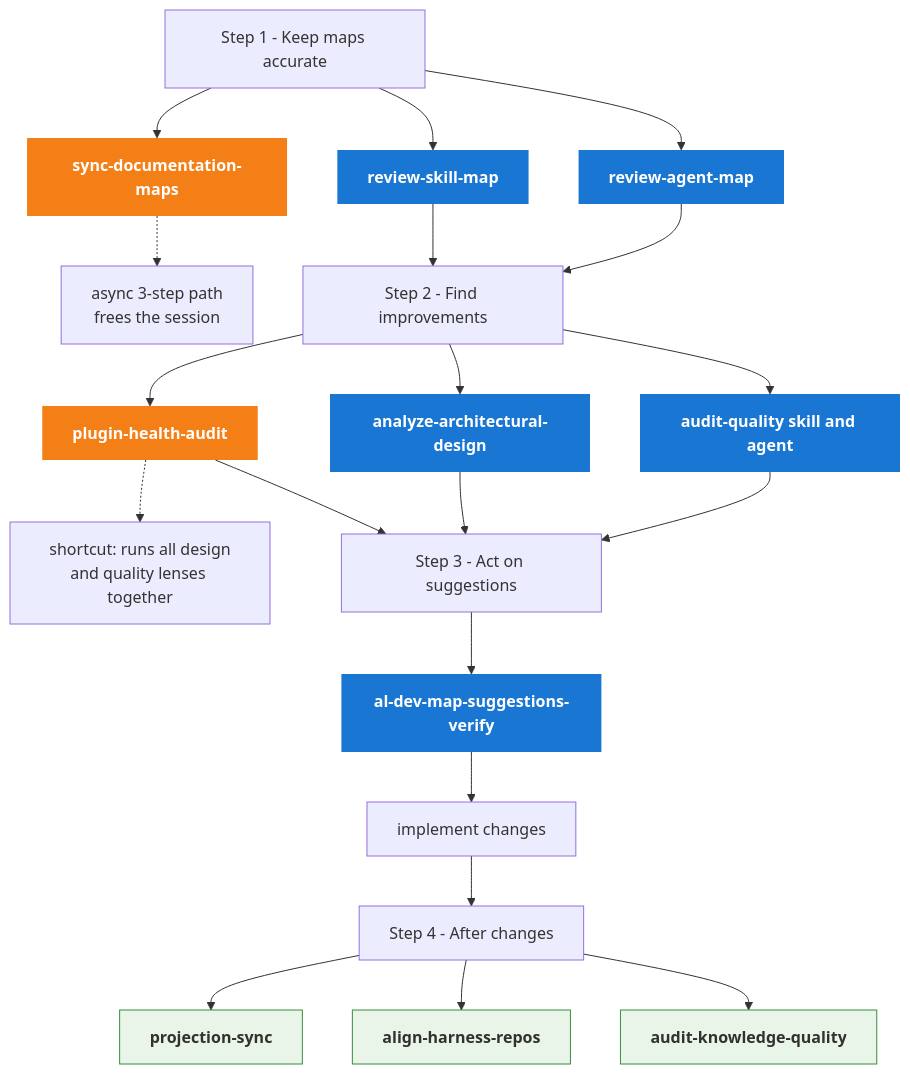
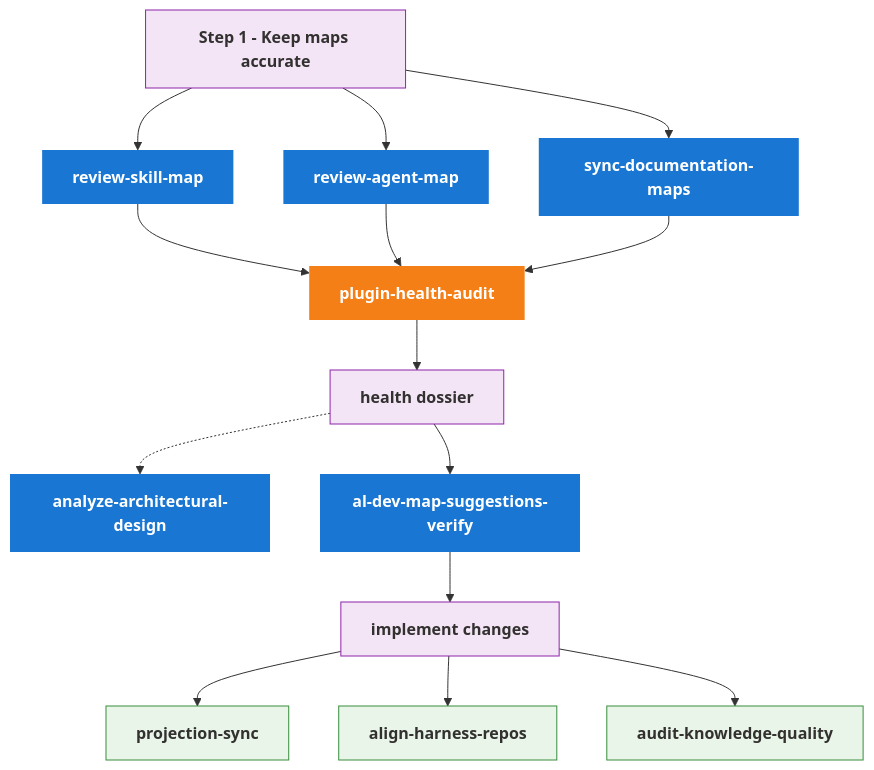
One commit to russell-laing/al-dev-shared changed the second of 2 diagrams in docs/maintainer-tooling.md. Above: the diagram before and after it, drawn with Mermaid. The commit also changed other lines of this file and 2 other files, not shown here.

````diff
--- a/docs/maintainer-tooling.md
+++ b/docs/maintainer-tooling.md
@@ -153,62 +144,54 @@
 ```mermaid
 flowchart TD
     classDef entry fill:#1976d2,stroke:none,color:#fff,font-weight:bold
     classDef shortcut fill:#f57f17,stroke:none,color:#fff,font-weight:bold
     classDef action fill:#f3e5f5,stroke:#8e24aa,color:#323130,font-weight:bold
     classDef post fill:#e8f5e8,stroke:#388e3c,color:#323130,font-weight:bold
 
+    %% Step 1 - accuracy
     MAPS[Step 1 - Keep maps accurate]
     RSM[review-skill-map]
     RAM[review-agent-map]
     SDM[sync-documentation-maps]
-    NOTE_SDM[async 3-step path<br/>frees the session]
 
-    ANALYZE[Step 2 - Find improvements]
+    %% Step 2 - find
     PHA[plugin-health-audit]
-    NOTE_PHA[shortcut: runs all design<br/>and quality lenses together]
+    DOSSIER[health dossier]
     AAD[analyze-architectural-design]
-    AQ[audit-quality skill and agent]
 
-    ACT[Step 3 - Act on suggestions]
+    %% Step 3 - act
     AMSV[al-dev-map-suggestions-verify]
     IMPL[implement changes]
 
-    POST[Step 4 - After changes]
+    %% Step 4 - post
     PS[projection-sync]
     AHR[align-harness-repos]
     AKQ[audit-knowledge-quality]
 
     MAPS --> RSM
     MAPS --> RAM
     MAPS --> SDM
-    SDM -.-> NOTE_SDM
+    RSM --> PHA
+    RAM --> PHA
+    SDM --> PHA
+    PHA --> DOSSIER
+    DOSSIER -.-> AAD
+    DOSSIER --> AMSV
+    AMSV --> IMPL
+    IMPL --> PS
+    IMPL --> AHR
+    IMPL --> AKQ
 
-    RSM --> ANALYZE
-    RAM --> ANALYZE
-    ANALYZE --> PHA
-    PHA -.-> NOTE_PHA
-    ANALYZE --> AAD
-    ANALYZE --> AQ
-
-    PHA --> ACT
-    AAD --> ACT
-    AQ --> ACT
-    ACT --> AMSV
-    AMSV --> IMPL
-
-    IMPL --> POST
-    POST --> PS
-    POST --> AHR
-    POST --> AKQ
-
+    class MAPS action
     class RSM entry
     class RAM entry
-    class SDM shortcut
+    class SDM entry
     class PHA shortcut
+    class DOSSIER action
     class AAD entry
-    class AQ entry
     class AMSV entry
+    class IMPL action
     class PS post
     class AHR post
     class AKQ post
 ```
````
